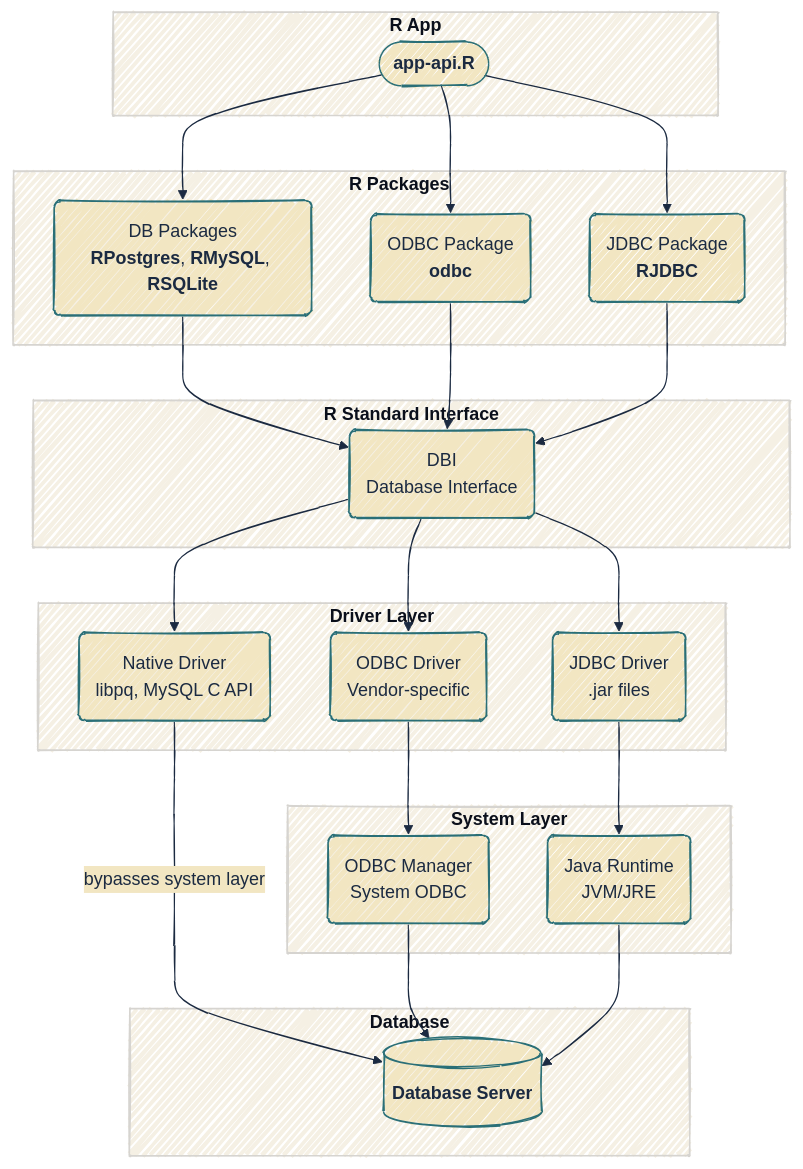
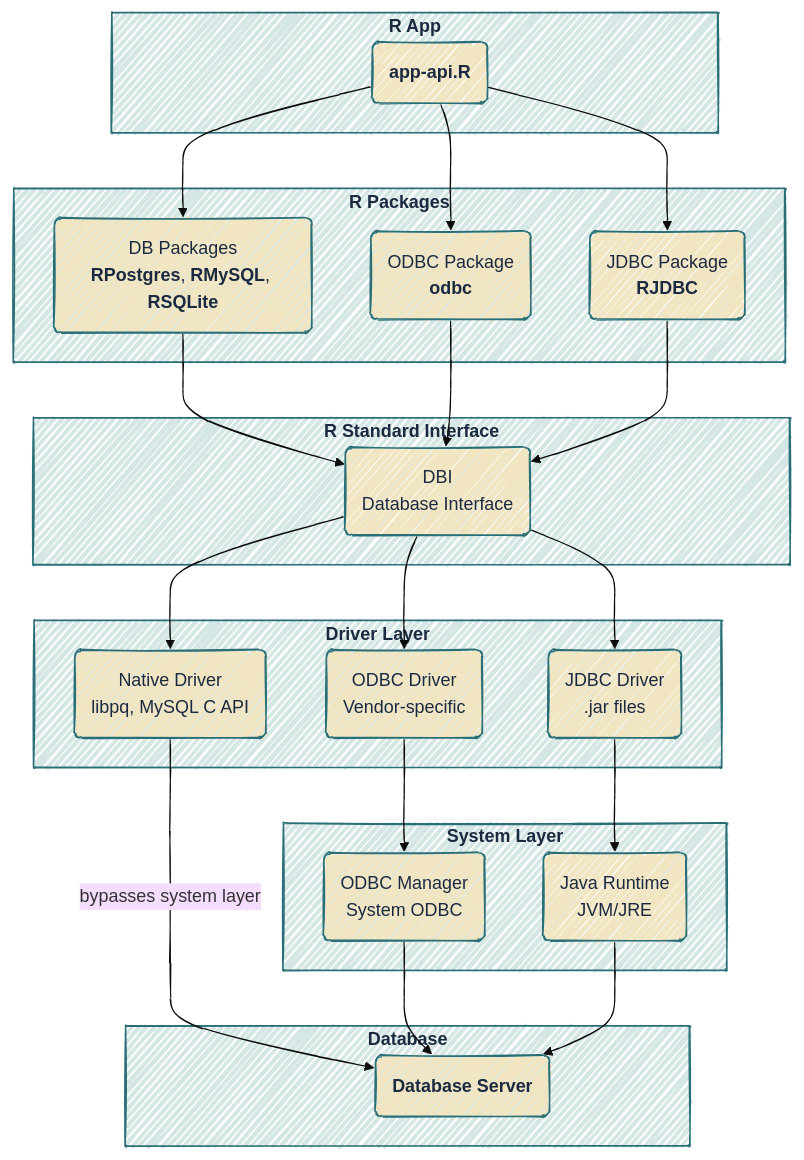
One commit to mjfrigaard/do4ds-labs changed the second of 6 diagrams in lab03.qmd. Above: the diagram before and after it, drawn with Mermaid. The commit also changed other lines of this file and 37 other files, not shown here.

Commit message:
updates to mermaid

````diff
--- a/lab03.qmd
+++ b/lab03.qmd
@@ -129,68 +125,75 @@
 ```{mermaid}
 %%| fig-cap: 'R Database Connection Pathways'
 %%| fig-align: center
-%%{init: {'theme': 'base', 'look': 'handDrawn', 'themeVariables': { 'fontFamily': 'monospace', 'primaryColor': '#F2E6C2', 'primaryBorderColor': '#2A6F77', 'primaryTextColor': '#1B2A41', 'secondaryColor': '#d4e7e4', 'tertiaryColor': '#f5f0e4', 'lineColor': '#1B2A41', 'edgeLabelBackground': '#F2E6C2'}}}%%
+%%{init: {'theme': 'base', 'look': 'handDrawn', 'themeVariables': {'fontFamily': 'monospace'}}}%%
 
 graph TB
     subgraph RApp["<strong>R App</strong>"]
-        A(["<strong>app-api.R</strong>"])
+        A("<strong>app-api.R</strong>")
     end
 
     
     subgraph RPkgs["<strong>R Packages</strong>"]
-        B("DB Packages<br/><strong>RPostgres</strong>, <strong>RMySQL</strong>, <strong>RSQLite</strong>")
-        C("ODBC Package<br/><strong>odbc</strong>")
-        D("JDBC Package<br/><strong>RJDBC</strong>")
+        B("DB Packages<br><strong>RPostgres</strong>, <strong>RMySQL</strong>, <strong>RSQLite</strong>")
+        C("ODBC Package<br><strong>odbc</strong>")
+        D("JDBC Package<br><strong>RJDBC</strong>")
     end
 
     %%% Tints of #35605a
     
     subgraph DBI["<strong>R Standard Interface</strong>"]
-        E("DBI<br/>Database Interface")
+        E("DBI<br>Database Interface")
     end
 
     %% Tints of #6b818c
 
     
     subgraph Driver["<strong>Driver Layer</strong>"]
-        F("Native Driver<br/>libpq, MySQL C API")
-        G("ODBC Driver<br/>Vendor-specific")
-        H("JDBC Driver<br/>.jar files")
+        F("Native Driver<br>libpq, MySQL C API")
+        G("ODBC Driver<br>Vendor-specific")
+        H("JDBC Driver<br>.jar files")
     end
 
     %% Tints of #6b818c
     
     subgraph System["<strong>System Layer</strong>"]
-        I("ODBC Manager<br/>System ODBC")
-        J("Java Runtime<br/>JVM/JRE")
+        I("ODBC Manager<br>System ODBC")
+        J("Java Runtime<br>JVM/JRE")
     end
 
     
     subgraph DB["<strong>Database</strong>"]
-        K[("<strong>Database Server</strong>")]
+        K("<strong>Database Server</strong>")
     end
 
     
     %% All paths go through DBI
     A --> B
     A --> C  
     A --> D
     B --> E
     C --> E
     D --> E
     
     %% Direct pathway (bypasses system layer)
     E --> F
     F --"bypasses system layer"--> K
     
     %% ODBC pathway  
     E --> G
     G --> I
     I --> K
     
     %% JDBC pathway
     E --> H
     H --> J
     J --> K
+    classDef default fill:#F2E6C2,stroke:#2A6F77,color:#1B2A41
+    style RApp fill:#d4e7e4,stroke:#2A6F77,color:#1B2A41
+    style RPkgs fill:#d4e7e4,stroke:#2A6F77,color:#1B2A41
+    style DBI fill:#d4e7e4,stroke:#2A6F77,color:#1B2A41
+    style Driver fill:#d4e7e4,stroke:#2A6F77,color:#1B2A41
+    style System fill:#d4e7e4,stroke:#2A6F77,color:#1B2A41
+    style DB fill:#d4e7e4,stroke:#2A6F77,color:#1B2A41
     
 ```
````
